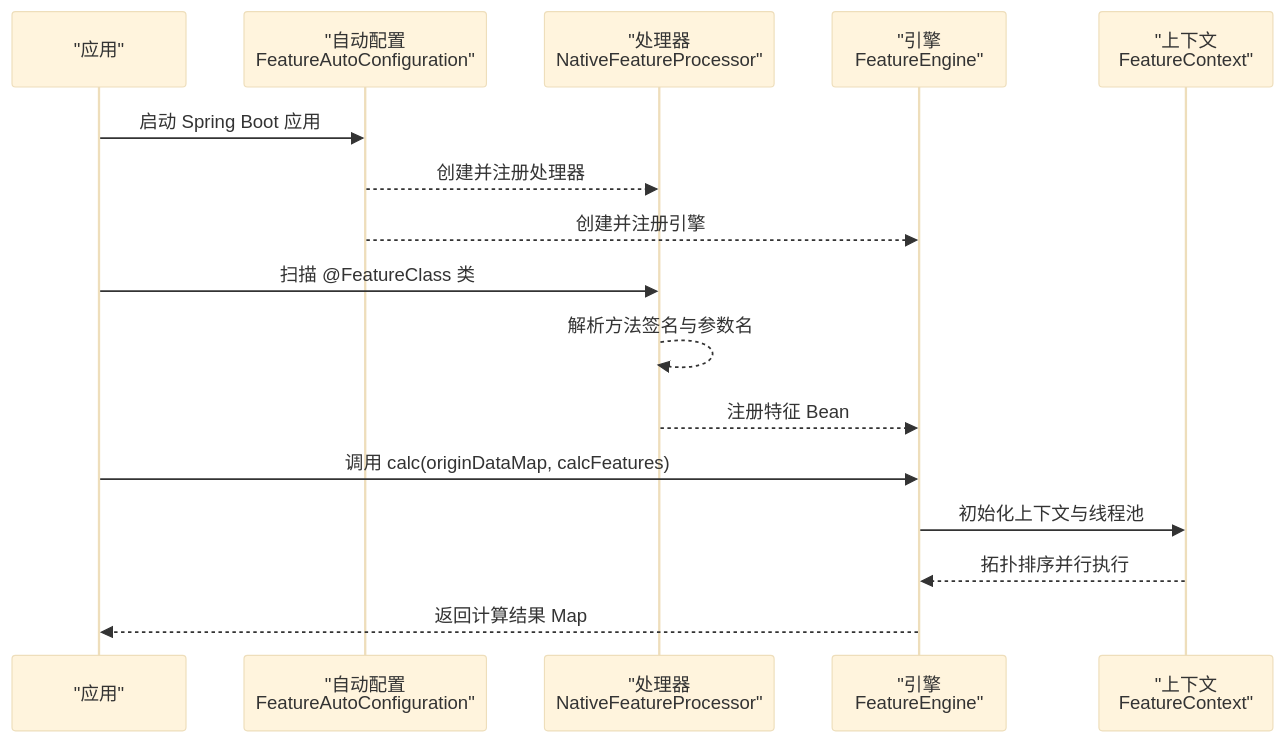
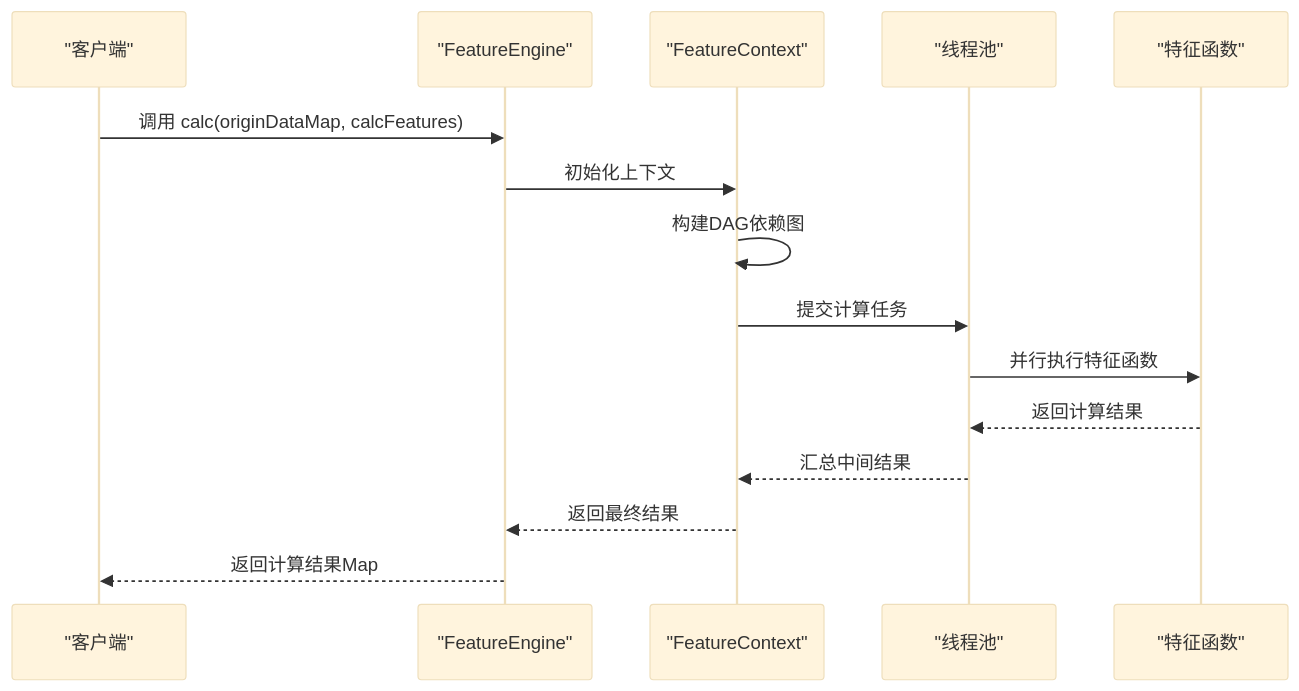
One commit to txzhanghuan/feature changed the first of 2 diagrams in .qoder/repowiki/zh/content/快速开始.md. Above: the diagram before and after it, drawn with Mermaid (base theme). The commit also changed other lines of this file and 48 other files, not shown here.

````diff
--- a/.qoder/repowiki/zh/content/快速开始.md
+++ b/.qoder/repowiki/zh/content/快速开始.md
@@ -136,18 +196,17 @@
 ```mermaid
 sequenceDiagram
-participant App as "应用"
-participant Auto as "自动配置<br/>FeatureAutoConfiguration"
-participant Proc as "处理器<br/>NativeFeatureProcessor"
-participant Eng as "引擎<br/>FeatureEngine"
-participant Ctx as "上下文<br/>FeatureContext"
-App->>Auto : 启动 Spring Boot 应用
-Auto-->>Proc : 创建并注册处理器
-Auto-->>Eng : 创建并注册引擎
-App->>Proc : 扫描 @FeatureClass 类
-Proc-->>Proc : 解析方法签名与参数名
-Proc-->>Eng : 注册特征 Bean
-App->>Eng : 调用 calc(originDataMap, calcFeatures)
-Eng->>Ctx : 初始化上下文与线程池
-Ctx-->>Eng : 拓扑排序并行执行
-Eng-->>App : 返回计算结果 Map
+participant Client as "客户端"
+participant Engine as "FeatureEngine"
+participant Context as "FeatureContext"
+participant Pool as "线程池"
+participant Features as "特征函数"
+Client->>Engine : 调用 calc(originDataMap, calcFeatures)
+Engine->>Context : 初始化上下文
+Context->>Context : 构建DAG依赖图
+Context->>Pool : 提交计算任务
+Pool->>Features : 并行执行特征函数
+Features-->>Pool : 返回计算结果
+Pool-->>Context : 汇总中间结果
+Context-->>Engine : 返回最终结果
+Engine-->>Client : 返回计算结果Map
 ```
````
